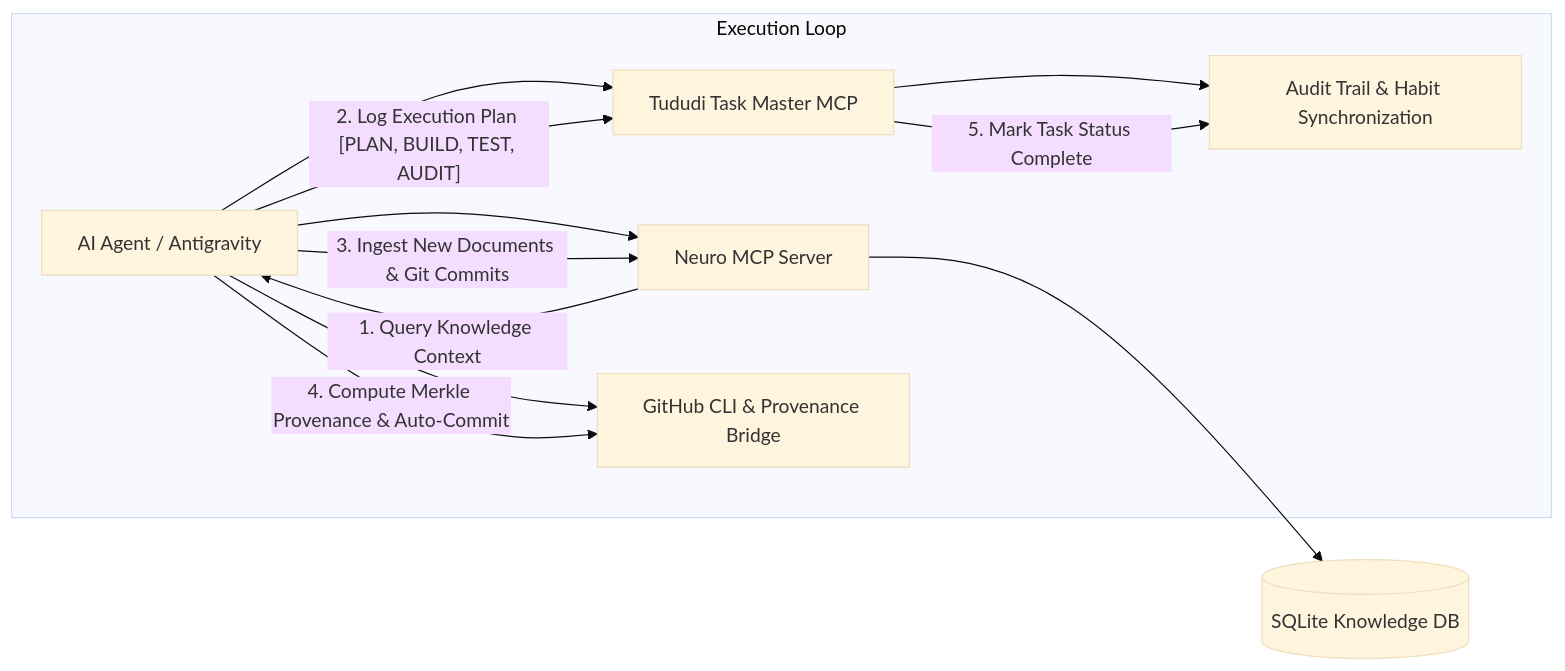
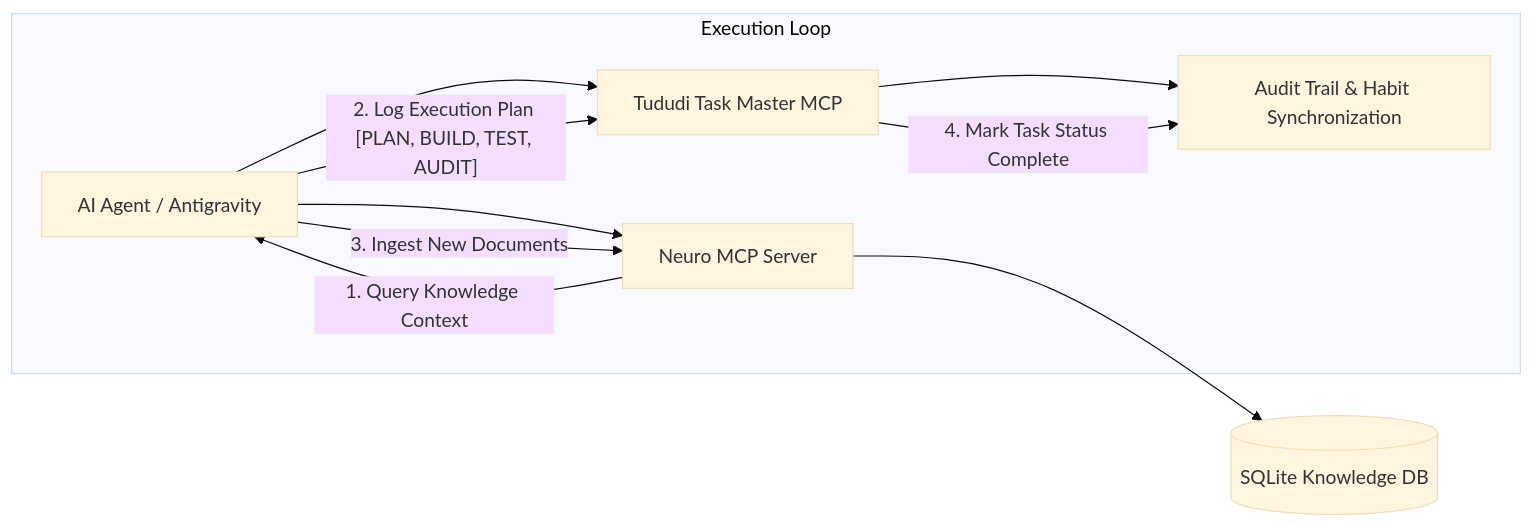
Before and after one commit to SavianAlexander/uroboros-knowledge-engine: the fifth of 7 diagrams in README.md, drawn with Mermaid (base theme). The commit also changed other lines of this file and 6 other files, not shown here.

Commit message:
refactor: Standardize test files, eliminate root clutter, and certify 10-bridge contracts [Tududi #1656 | Neuro Hash: e258d7ab]

````diff
--- a/README.md
+++ b/README.md
@@ -894,16 +857,14 @@
 ```mermaid
 graph LR
-    Agent["AI Agent / Antigravity"] --> Neuro["Neuro MCP Server"]
-    Agent --> Tududi["Tududi Task Master MCP"]
-    Agent --> Git["GitHub CLI & Provenance Bridge"]
-    Neuro --> VectorDB[("SQLite Knowledge DB")]
-    Tududi --> Audit["Audit Trail & Habit Synchronization"]
+    Agent[AI Agent / Antigravity] --> Neuro[Neuro MCP Server]
+    Agent --> Tududi[Tududi Task Master MCP]
+    Neuro --> VectorDB[(SQLite Knowledge DB)]
+    Tududi --> Audit[Audit Trail & Habit Synchronization]
     
-    subgraph Execution_Loop ["Execution Loop"]
-        Neuro -- "1. Query Knowledge Context" --> Agent
-        Agent -- "2. Log Execution Plan [PLAN, BUILD, TEST, AUDIT]" --> Tududi
-        Agent -- "3. Ingest New Documents & Git Commits" --> Neuro
-        Agent -- "4. Compute Merkle Provenance & Auto-Commit" --> Git
-        Tududi -- "5. Mark Task Status Complete" --> Audit
+    subgraph Execution Loop
+        Neuro -- 1. Query Knowledge Context --> Agent
+        Agent -- 2. Log Execution Plan [PLAN, BUILD, TEST, AUDIT] --> Tududi
+        Agent -- 3. Ingest New Documents --> Neuro
+        Tududi -- 4. Mark Task Status Complete --> Audit
     end
 ```
````
